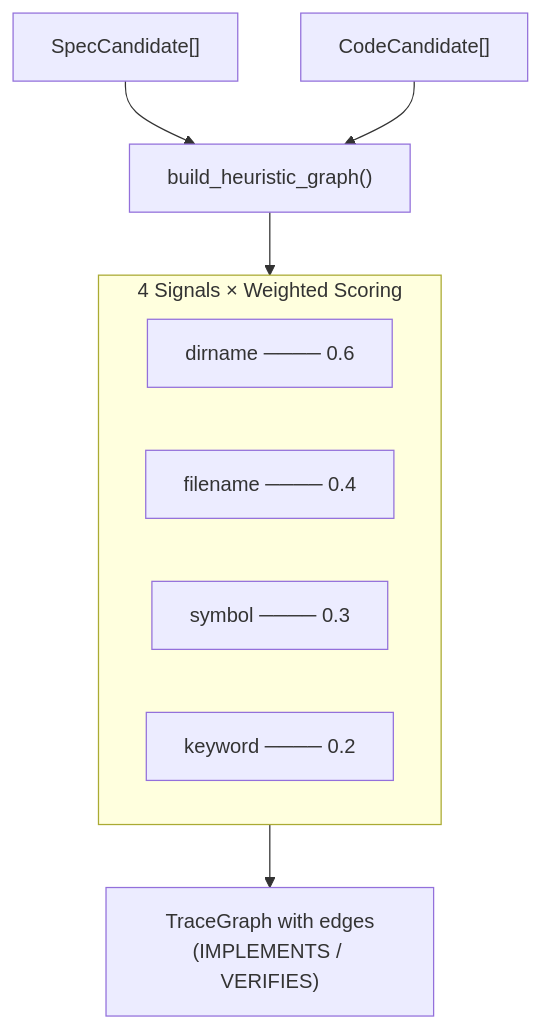
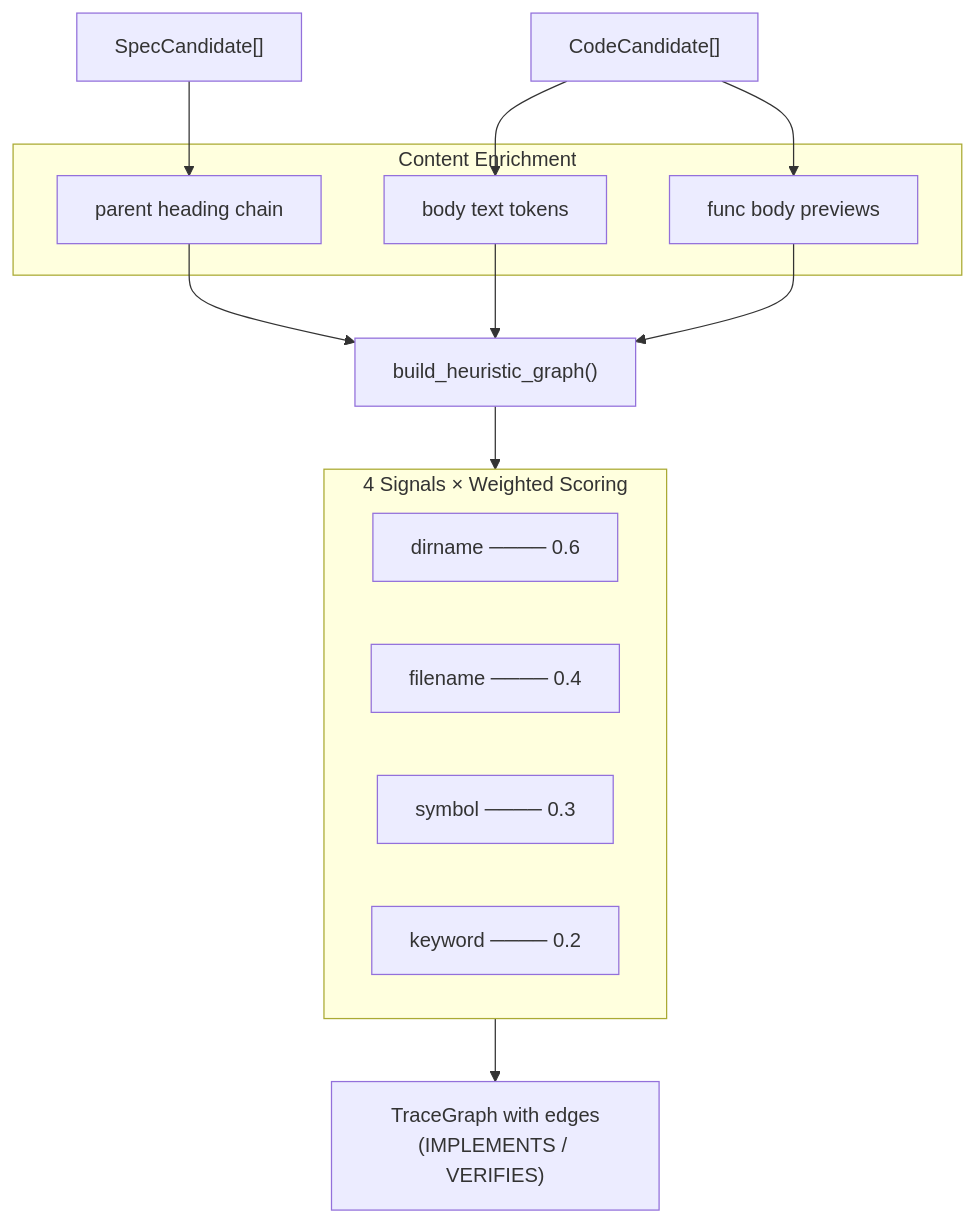
One commit to nekolife1984/specbridge changed the diagram in docs/en/05-heuristic-matching.md. Above: the diagram before and after it, drawn with Mermaid. The commit also changed other lines of this file and 5 other files, not shown here.

````diff
--- a/docs/en/05-heuristic-matching.md
+++ b/docs/en/05-heuristic-matching.md
@@ -10,21 +10,26 @@
 ```mermaid
 flowchart TB
     SPC["SpecCandidate[]"]
     COD["CodeCandidate[]"]
 
     MATCH["build_heuristic_graph()"]
 
     subgraph SCORE["4 Signals × Weighted Scoring"]
         DIR["dirname  ──── 0.6"]
         FN["filename ──── 0.4"]
         SYM["symbol   ──── 0.3"]
         KW["keyword  ──── 0.2"]
     end
 
-    RESULT["TraceGraph with edges<br/>(IMPLEMENTS / VERIFIES)"]
+    subgraph ENRICH["Content Enrichment"]
+        PC["parent heading chain"]
+        BT["body text tokens"]
+        FP["func body previews"]
+    end
 
-    SPC --> MATCH
-    COD --> MATCH
+    SPC --> PC --> MATCH
+    COD --> BT --> MATCH
+    COD --> FP --> MATCH
     MATCH --> SCORE
-    SCORE --> RESULT
+    SCORE --> RESULT["TraceGraph with edges<br/>(IMPLEMENTS / VERIFIES)"]
 ```
````
